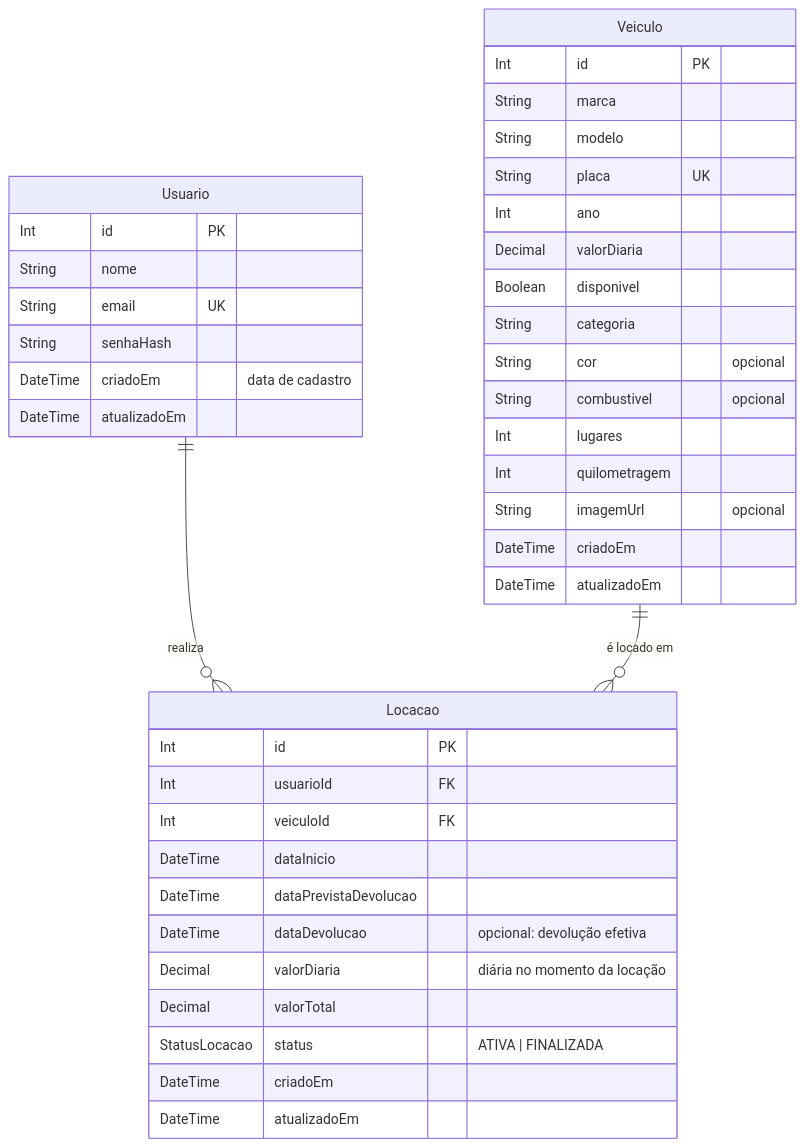
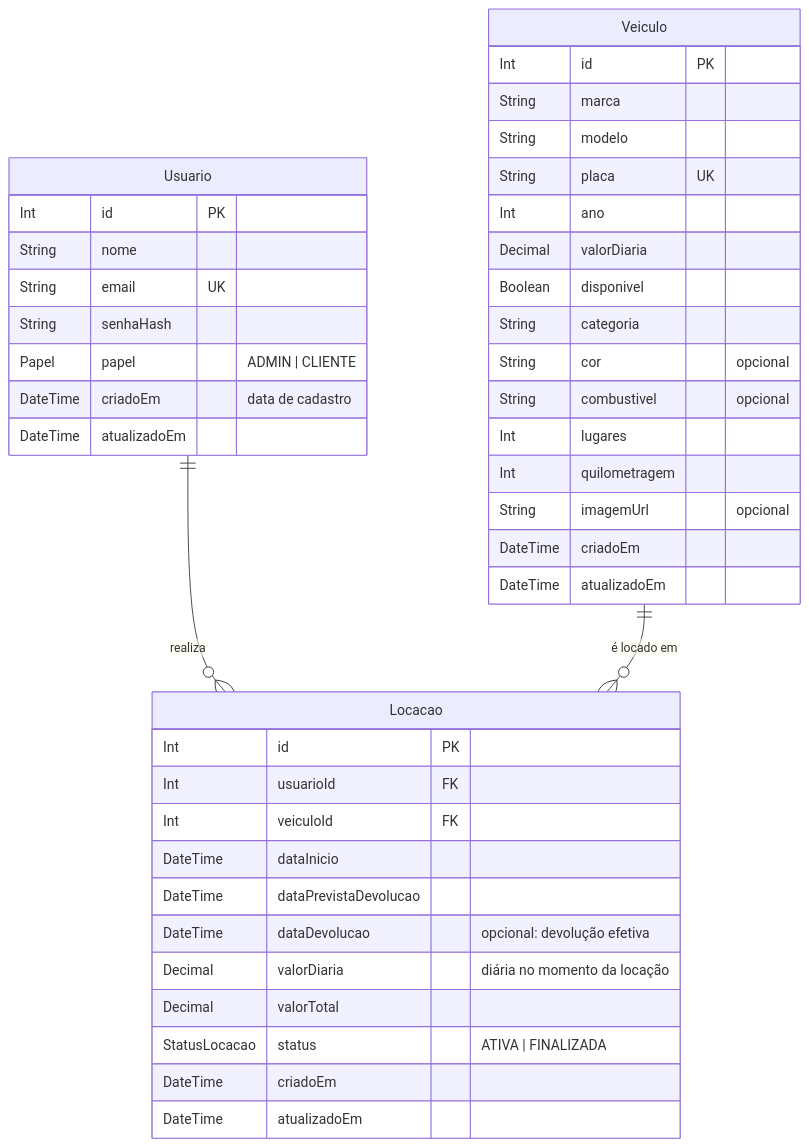
The second of 2 diagrams in README.md (carlos0ff/godrive), drawn with Mermaid before and after one commit. The commit also changed other lines of this file and 15 other files, not shown here.

````diff
--- a/README.md
+++ b/README.md
@@ -169,46 +169,47 @@
 ```mermaid
 erDiagram
   Usuario ||--o{ Locacao : "realiza"
   Veiculo ||--o{ Locacao : "é locado em"
 
   Usuario {
     Int id PK
     String nome
     String email UK
     String senhaHash
+    Papel papel "ADMIN | CLIENTE"
     DateTime criadoEm "data de cadastro"
     DateTime atualizadoEm
   }
 
   Veiculo {
     Int id PK
     String marca
     String modelo
     String placa UK
     Int ano
     Decimal valorDiaria
     Boolean disponivel
     String categoria
     String cor "opcional"
     String combustivel "opcional"
     Int lugares
     Int quilometragem
     String imagemUrl "opcional"
     DateTime criadoEm
     DateTime atualizadoEm
   }
 
   Locacao {
     Int id PK
     Int usuarioId FK
     Int veiculoId FK
     DateTime dataInicio
     DateTime dataPrevistaDevolucao
     DateTime dataDevolucao "opcional: devolução efetiva"
     Decimal valorDiaria "diária no momento da locação"
     Decimal valorTotal
     StatusLocacao status "ATIVA | FINALIZADA"
     DateTime criadoEm
     DateTime atualizadoEm
   }
 ```
````
